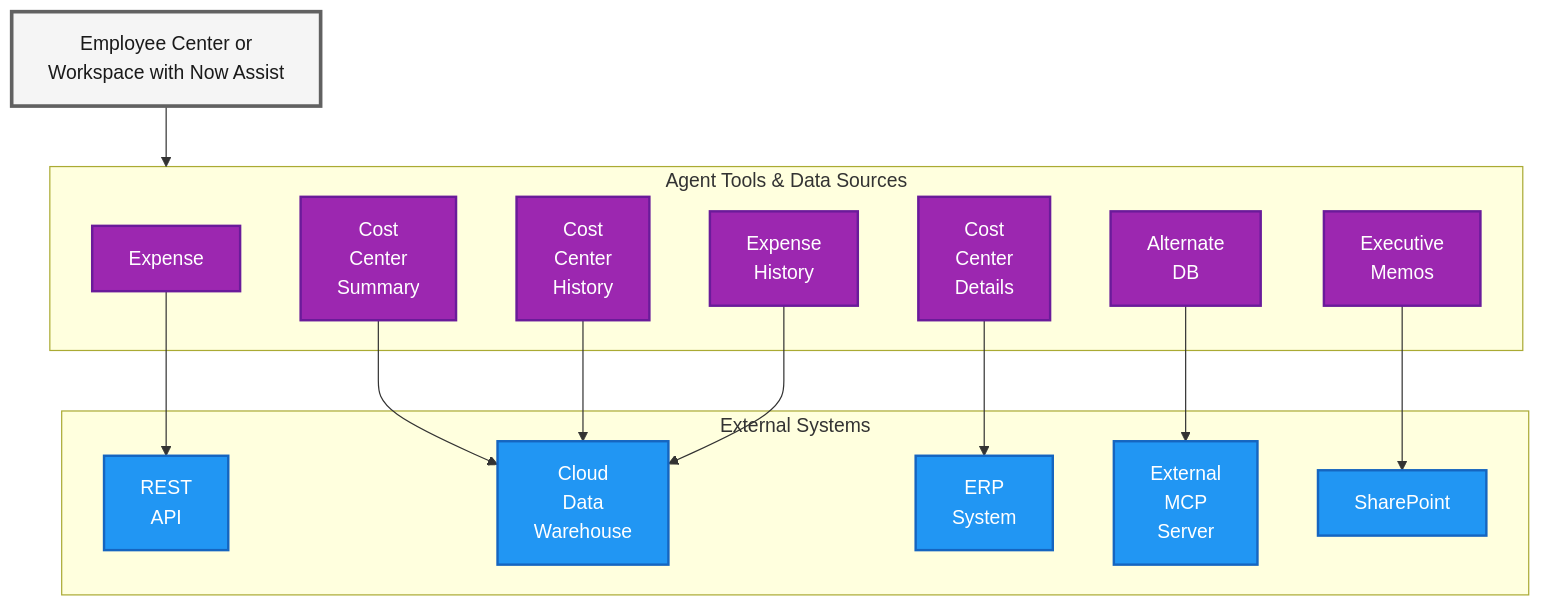
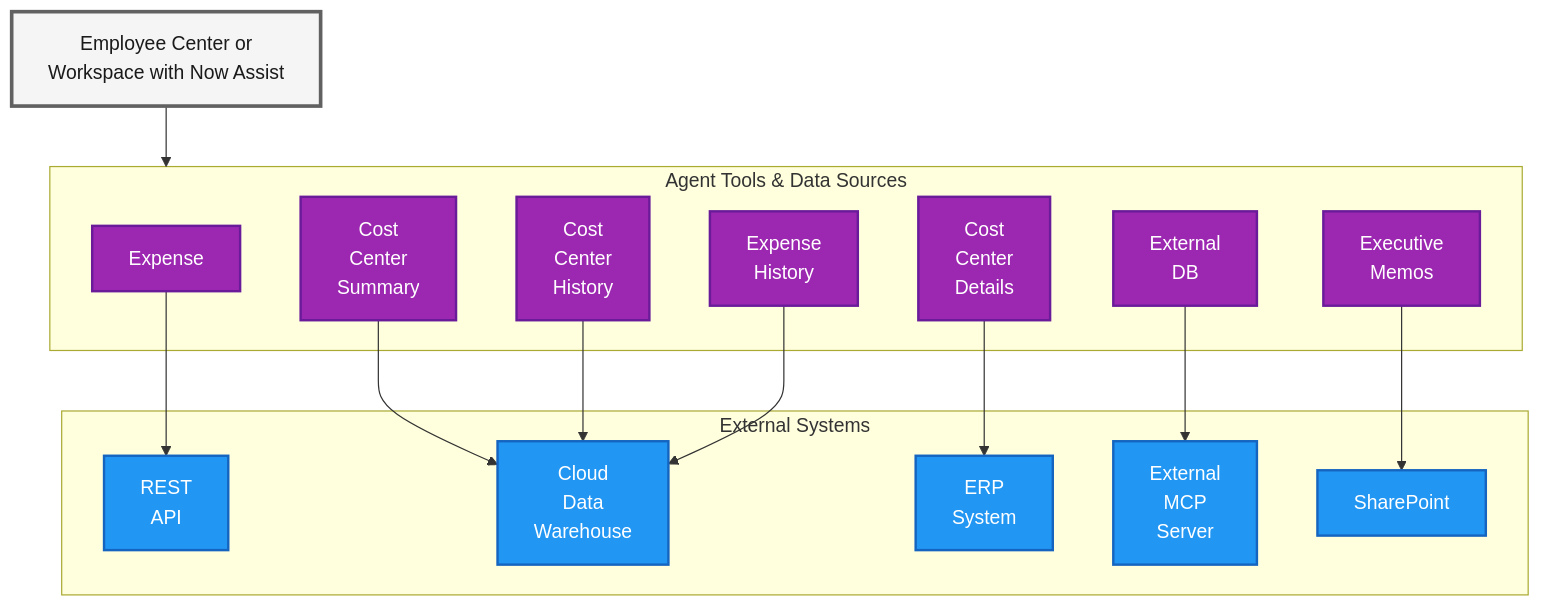
Before and after one commit to leojacinto/WorkflowDataFabric-TypeB: the diagram in README.md, drawn with Mermaid.

Commit message:
GITBOOK-48: No subject

````diff
--- a/README.md
+++ b/README.md
@@ -34,49 +34,48 @@
 ```mermaid
-graph TB
-
+graph TD
 
     EC[Employee Center or<br/>Workspace with Now Assist]
   
     subgraph TOOLS["Agent Tools & Data Sources"]
         T1["Expense<br/>"]
         T2["Cost<br/>Center<br/>Details"]
         T3["Cost<br/>Center<br/>Summary"]        
         T4["Cost<br/>Center<br/>History"]
         T5["Expense<br/>History"]
-        T6["Alternate<br/>DB"]
+        T6["External<br/>DB"]
         T7["Executive<br/>Memos"]
     end
 
     subgraph EXT["External Systems"]
         API["REST<br/>API"]
         CDW["Cloud<br/>Data<br/>Warehouse"]
         ERP["ERP<br>System"]
         MCP_EXT["External<br/>MCP<br/>Server"]
         SharePoint["SharePoint"]
     end
-   
+    
     EC --> TOOLS
     T1 --> API
     T2 --> ERP
     T3 --> CDW
     T4 --> CDW
     T5 --> CDW
     T6 --> MCP_EXT
     T7 --> SharePoint
     
   
 
     %% Styling
     classDef external fill:#2196F3,stroke:#1565C0,stroke-width:2px,color:#fff
     classDef user fill:#F5F5F5,stroke:#616161,stroke-width:3px,color:#1a1a1a
     classDef nowassist fill:#FFB300,stroke:#F57F17,stroke-width:2px,color:#1a1a1a
     classDef platform fill:#4CAF50,stroke:#2E7D32,stroke-width:2px,color:#fff
     classDef wdf fill:#9C27B0,stroke:#6A1B9A,stroke-width:2px,color:#fff
     classDef user fill:#F5F5F5,stroke:#616161,stroke-width:3px,color:#1a1a1a
 
     class API,CDW,ERP,MCP_EXT,SharePoint external
     class Agent,RAG nowassist
     class T1,T2,T3,T4,T5,T6,T7,T8 wdf
     class FC platform
     class EC user
 ```
````
